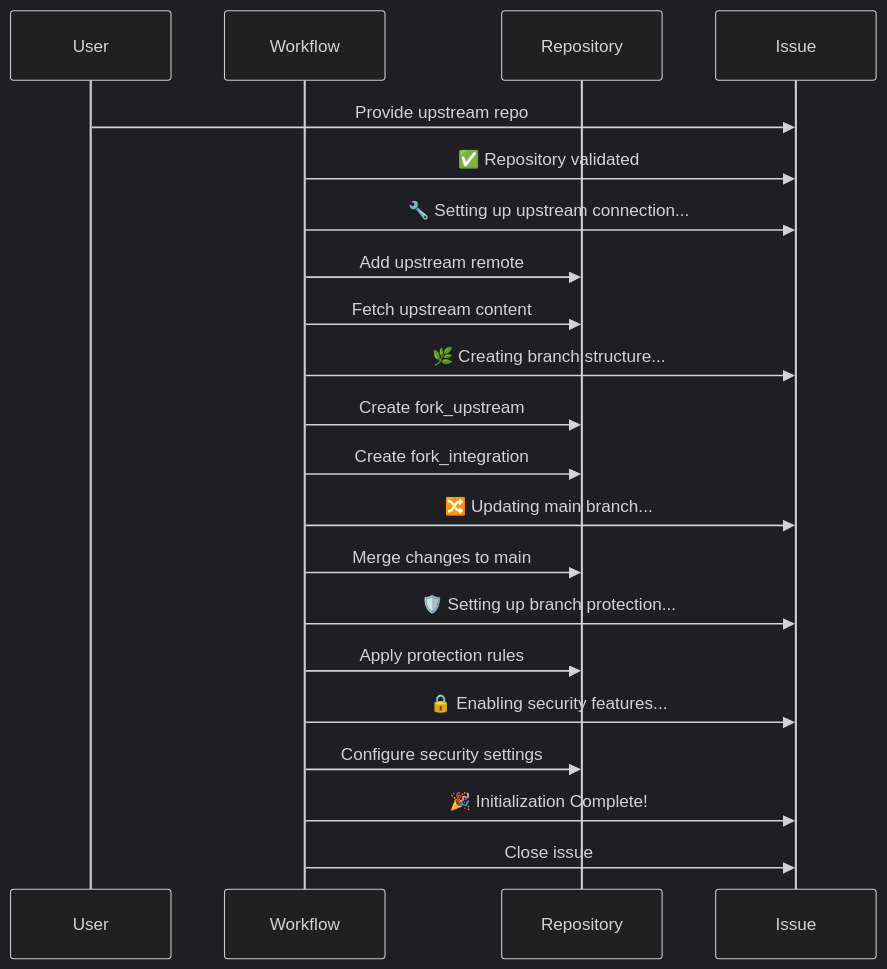
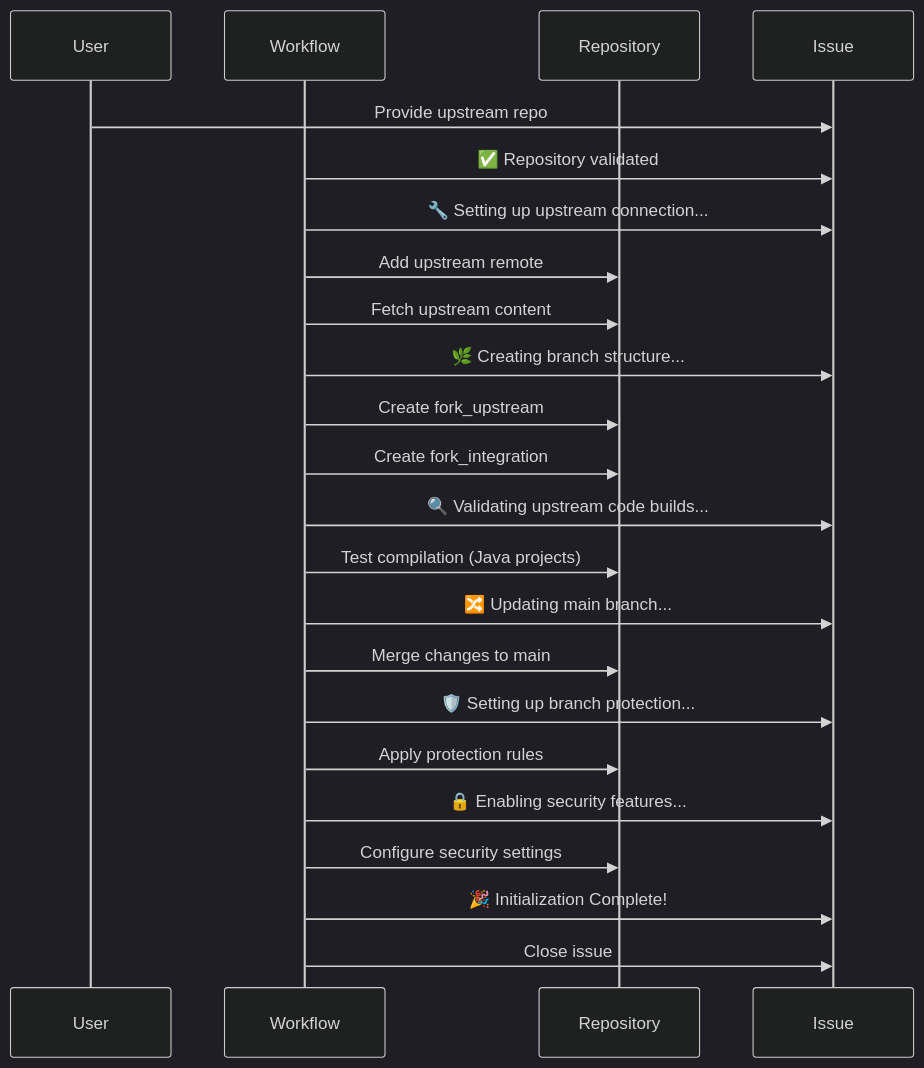
Before and after one commit to danielscholl-osdu/osdu-fork-template: the third of 3 diagrams in doc/init-workflow.md, drawn with Mermaid (dark theme). The commit also changed other lines of this file and 1 other file, not shown here.

````diff
--- a/doc/init-workflow.md
+++ b/doc/init-workflow.md
@@ -137,24 +138,26 @@
 ```mermaid
 sequenceDiagram
     participant U as User
     participant W as Workflow
     participant R as Repository
     participant I as Issue
 
     U->>I: Provide upstream repo
     W->>I: ✅ Repository validated
     W->>I: 🔧 Setting up upstream connection...
     W->>R: Add upstream remote
     W->>R: Fetch upstream content
     W->>I: 🌿 Creating branch structure...
     W->>R: Create fork_upstream
     W->>R: Create fork_integration
+    W->>I: 🔍 Validating upstream code builds...
+    W->>R: Test compilation (Java projects)
     W->>I: 🔀 Updating main branch...
     W->>R: Merge changes to main
     W->>I: 🛡️ Setting up branch protection...
     W->>R: Apply protection rules
     W->>I: 🔒 Enabling security features...
     W->>R: Configure security settings
     W->>I: 🎉 Initialization Complete!
     W->>I: Close issue
 ```
````
